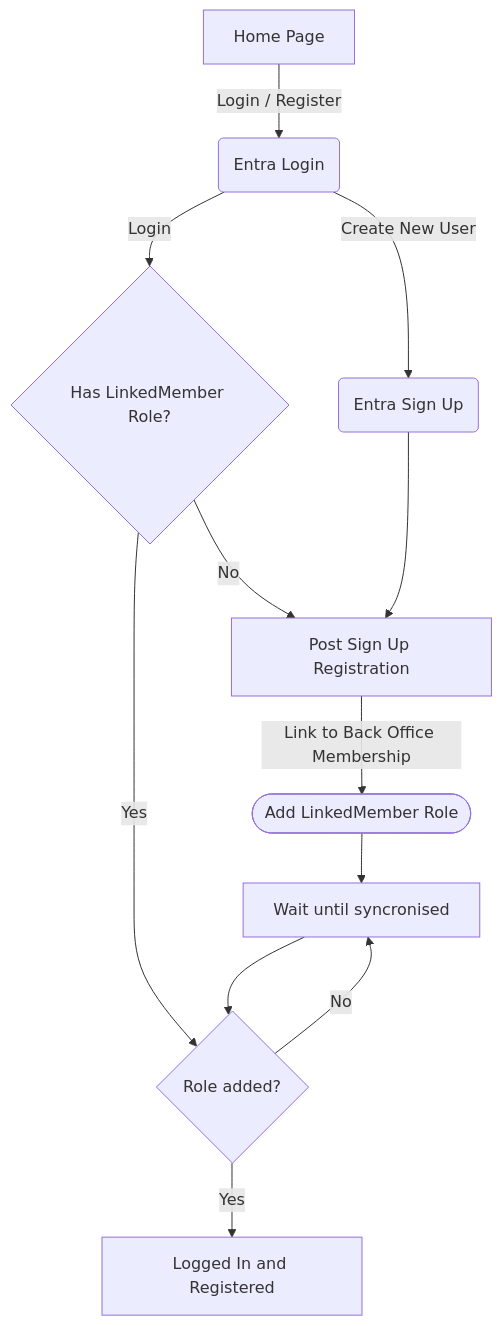
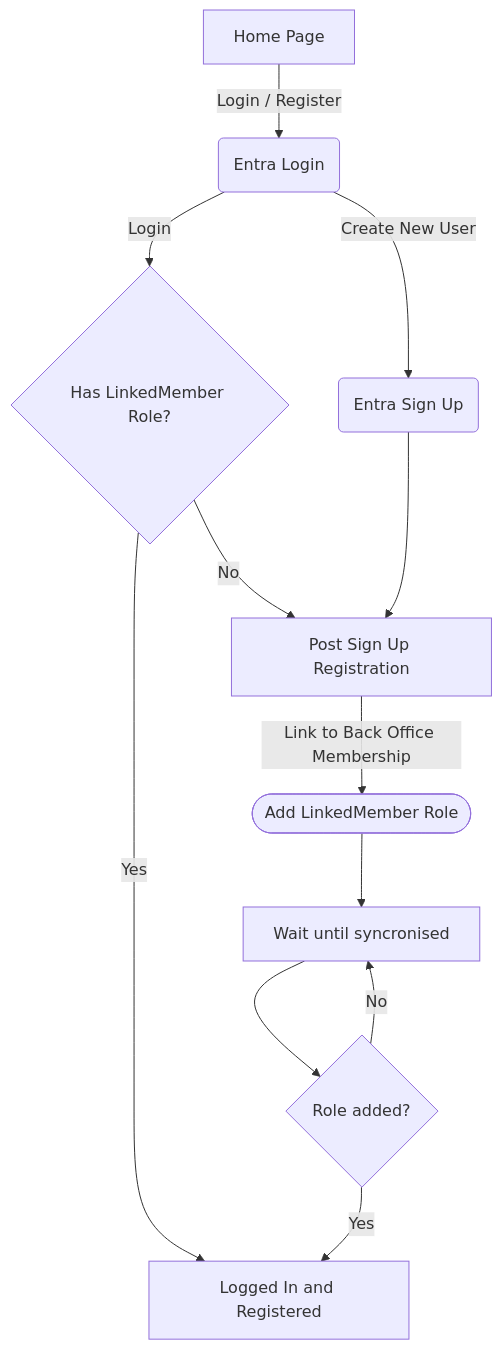
Before and after one commit to jonnymuir/Entra-Minimal-Example-App: the diagram in README.md, drawn with Mermaid.

Commit message:
fix: chart typo

````diff
--- a/README.md
+++ b/README.md
@@ -19,14 +19,14 @@
 ```mermaid
 flowchart TD
     A[Home Page] -->|Login / Register| B(Entra Login)
     B -->|Login| BB{Has LinkedMember Role?}
     BB -->|No|D
-    BB -->|Yes|G
+    BB -->|Yes|H
     B -->|Create New User| C(Entra Sign Up)
     C --> D[Post Sign Up Registration]
     D -->|Link to Back Office Membership| E([Add LinkedMember Role])
     E -->F[Wait until syncronised]
     F -->G{Role added?}
     G -->|No|F
     G -->|Yes|H[Logged In and Registered]
 ```
````
